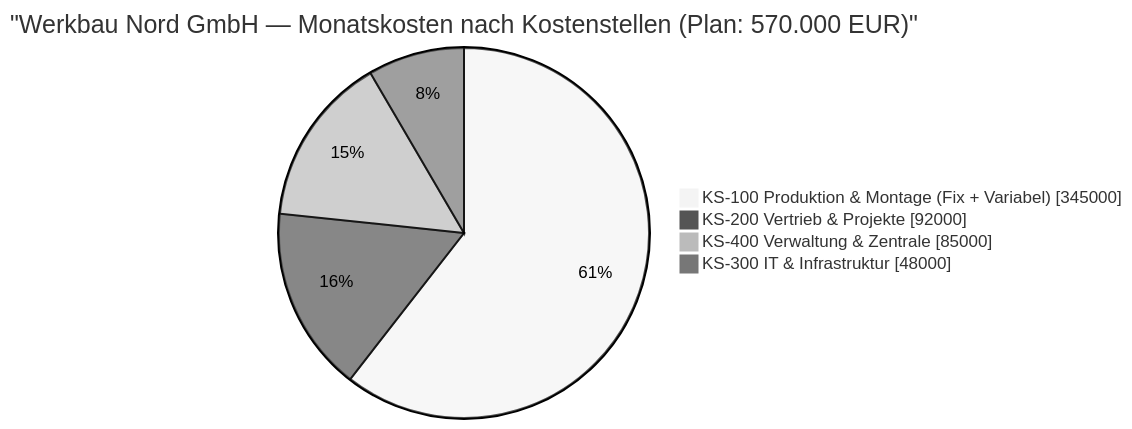
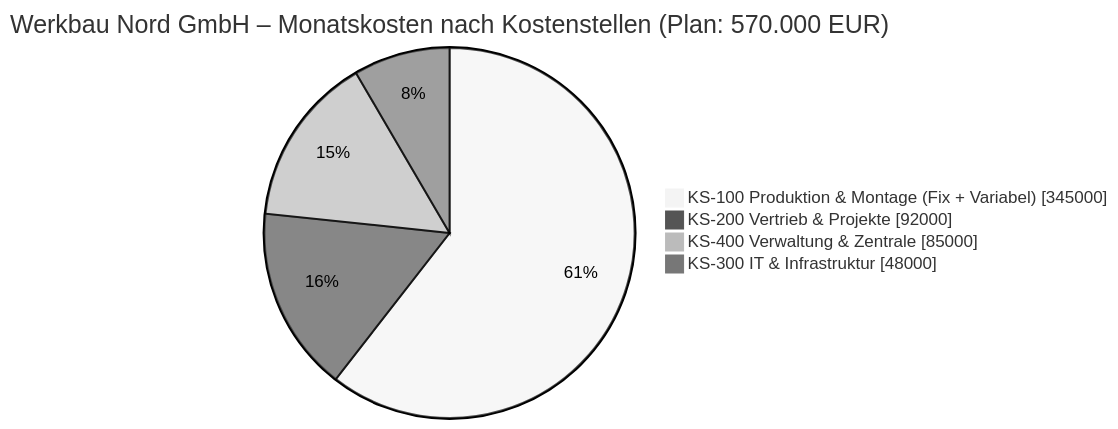
One commit to On-Premise-AI-Cockpit/on-premise-ai-cockpit.github.io changed the diagram in stufe1-diagramme/kmu_kostenstellen_torte.mmd. Above: the diagram before and after it, drawn with Mermaid (neutral theme). The commit also changed 26 other files, not shown here.

Commit message:
R2: Ein Cockpit, das mitwaechst; Kritikalitaet nach Funktion; Sicherheitsfixes (pdf.js, SheetJS 0.20.3, Mermaid 10.9.8, textContent); Offline-libs-Skript; Ollama-Leitplanken korrigiert; 17 Prompts; Uebergabepaket mit 5 Nachweisen

```diff
--- a/stufe1-diagramme/kmu_kostenstellen_torte.mmd
+++ b/stufe1-diagramme/kmu_kostenstellen_torte.mmd
@@ -1,6 +1,6 @@
 pie showData
-    title "Werkbau Nord GmbH — Monatskosten nach Kostenstellen (Plan: 570.000 EUR)"
+    title Werkbau Nord GmbH – Monatskosten nach Kostenstellen (Plan: 570.000 EUR)
     "KS-100 Produktion & Montage (Fix + Variabel)" : 345000
     "KS-200 Vertrieb & Projekte" : 92000
     "KS-400 Verwaltung & Zentrale" : 85000
     "KS-300 IT & Infrastruktur" : 48000
```
